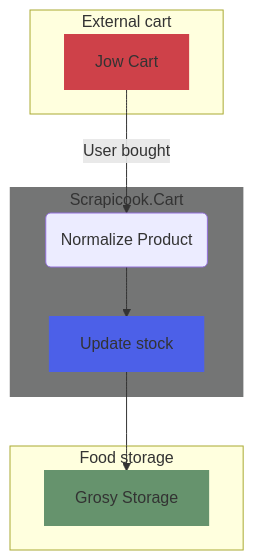
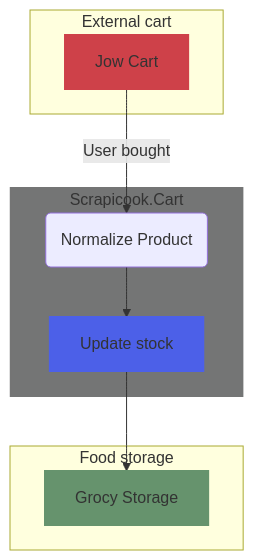
Before and after one commit to vincentbattez/Scrapicook: the fourth of 5 diagrams in readme.md, drawn with Mermaid. The commit also changed other lines of this file and 27 other files, not shown here.

````diff
--- a/readme.md
+++ b/readme.md
@@ -154,27 +194,27 @@
 ```mermaid
 graph TD
     %% colors
     style JOW_CART fill:#CE4149,stroke:#CE4149,stroke-width:2px
     style UPDATE fill:#4C60E8,stroke:#4C60E8,stroke-width:2px
     style Scrapicook.Cart fill:#747575,stroke:#747575,stroke-width:2px
 
     style GSY_STOCK fill:#66936D,stroke:#66936D,stroke-width:2px
 
     %% subgraph
     subgraph Scrapicook.Cart
         NORMALIZE(Normalize Product)
         UPDATE[Update stock]
     end
     
     subgraph External cart
         JOW_CART[Jow Cart]
     end
 
     subgraph Food storage
-        GSY_STOCK[Grosy Storage]
+        GSY_STOCK[Grocy Storage]
     end
 
     JOW_CART -->|User bought| NORMALIZE
     NORMALIZE --> UPDATE
     UPDATE --> GSY_STOCK
 ```
````
